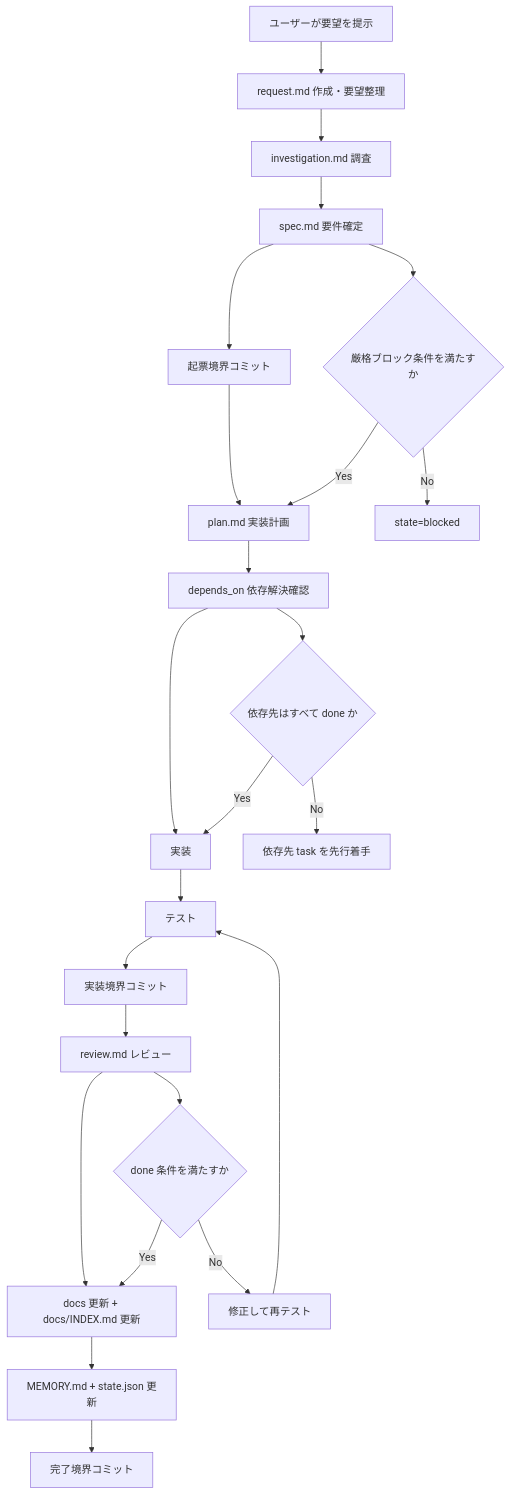
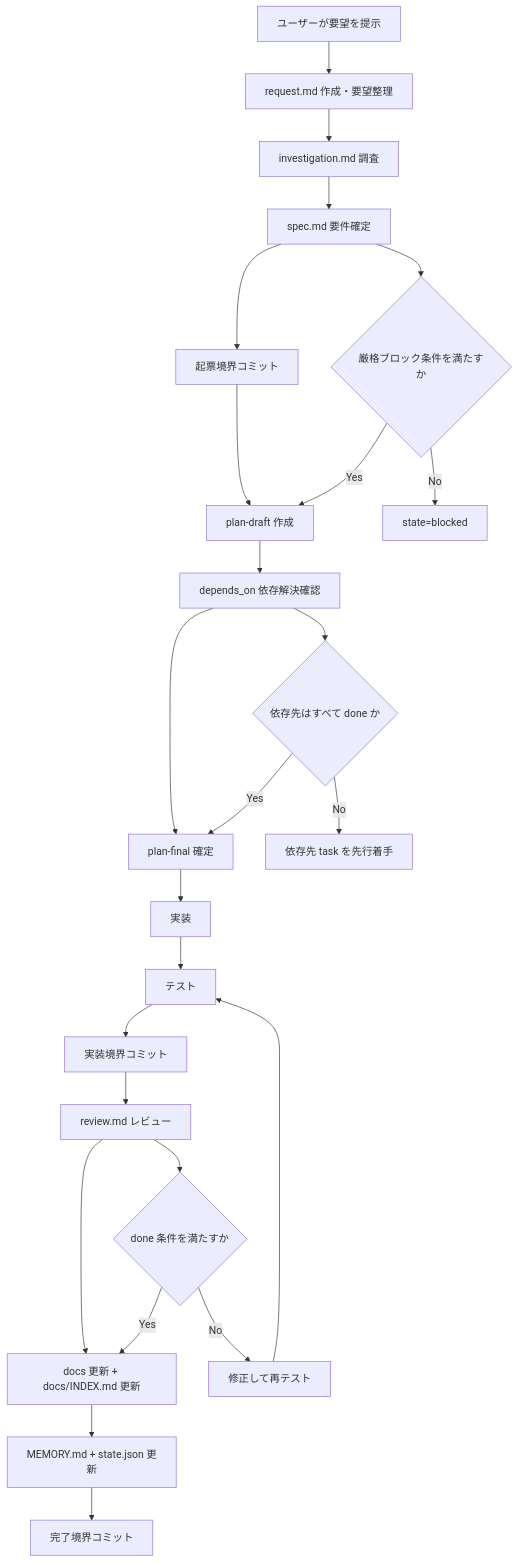
The diagram in docs/operations/framework-request-to-commit-visual-guide.md (HarukaKajita/AgentRail), drawn with Mermaid before and after one commit. The commit also changed other lines of this file and 11 other files, not shown here.

Commit message:
feat(flow): implement plan-draft to plan-final dependency gate workflow

````diff
--- a/docs/operations/framework-request-to-commit-visual-guide.md
+++ b/docs/operations/framework-request-to-commit-visual-guide.md
@@ -22,29 +22,30 @@
 ```mermaid
 flowchart TD
   A[ユーザーが要望を提示] --> B[request.md 作成・要望整理]
   B --> C[investigation.md 調査]
   C --> D[spec.md 要件確定]
   D --> K1[起票境界コミット]
-  K1 --> E[plan.md 実装計画]
+  K1 --> E[plan-draft 作成]
   E --> E1[depends_on 依存解決確認]
-  E1 --> F[実装]
+  E1 --> E2[plan-final 確定]
+  E2 --> F[実装]
   F --> G[テスト]
   G --> K2[実装境界コミット]
   K2 --> H[review.md レビュー]
   H --> I[docs 更新 + docs/INDEX.md 更新]
   I --> J[MEMORY.md + state.json 更新]
   J --> K3[完了境界コミット]
 
   D --> L{厳格ブロック条件を満たすか}
   L -- No --> M[state=blocked]
   L -- Yes --> E
 
   E1 --> D1{依存先はすべて done か}
   D1 -- No --> D2[依存先 task を先行着手]
-  D1 -- Yes --> F
+  D1 -- Yes --> E2
 
   H --> N{done 条件を満たすか}
   N -- No --> O[修正して再テスト]
   O --> G
   N -- Yes --> I
 ```
````
